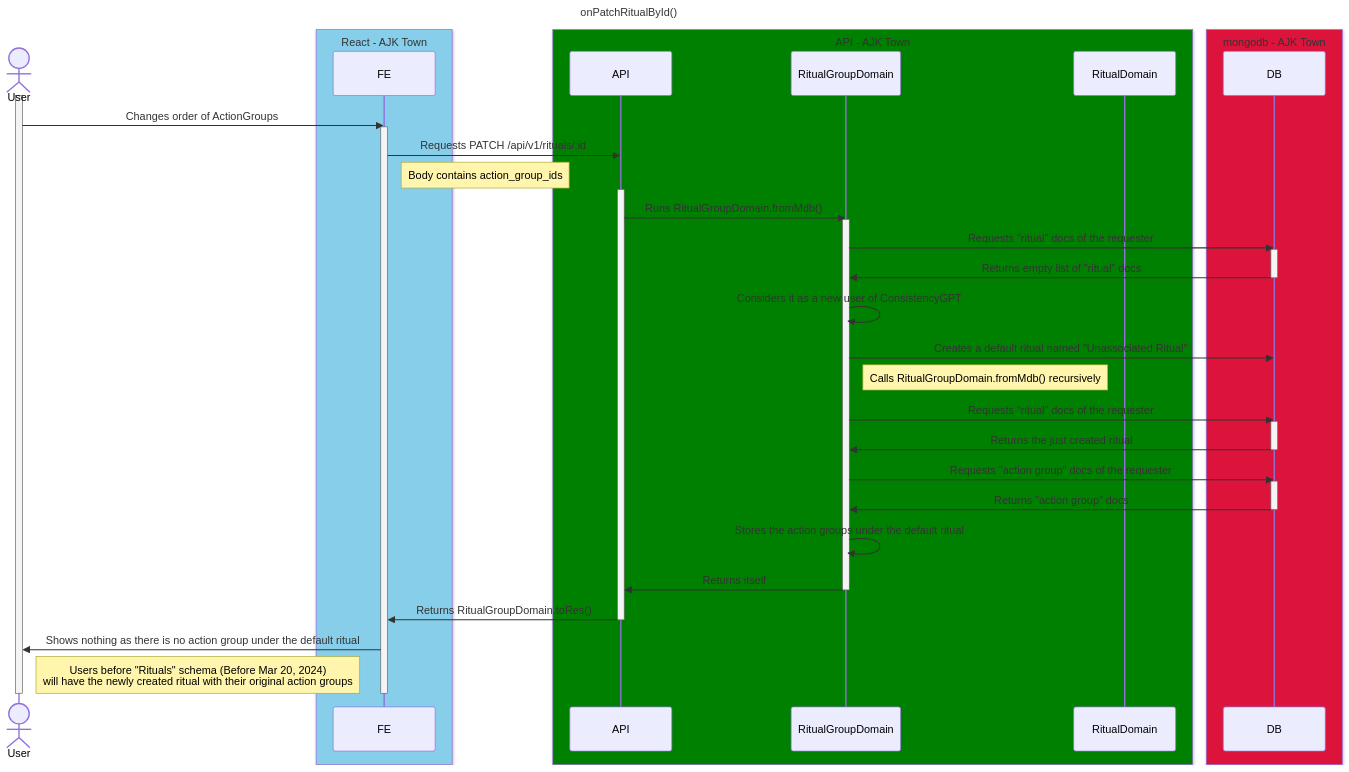
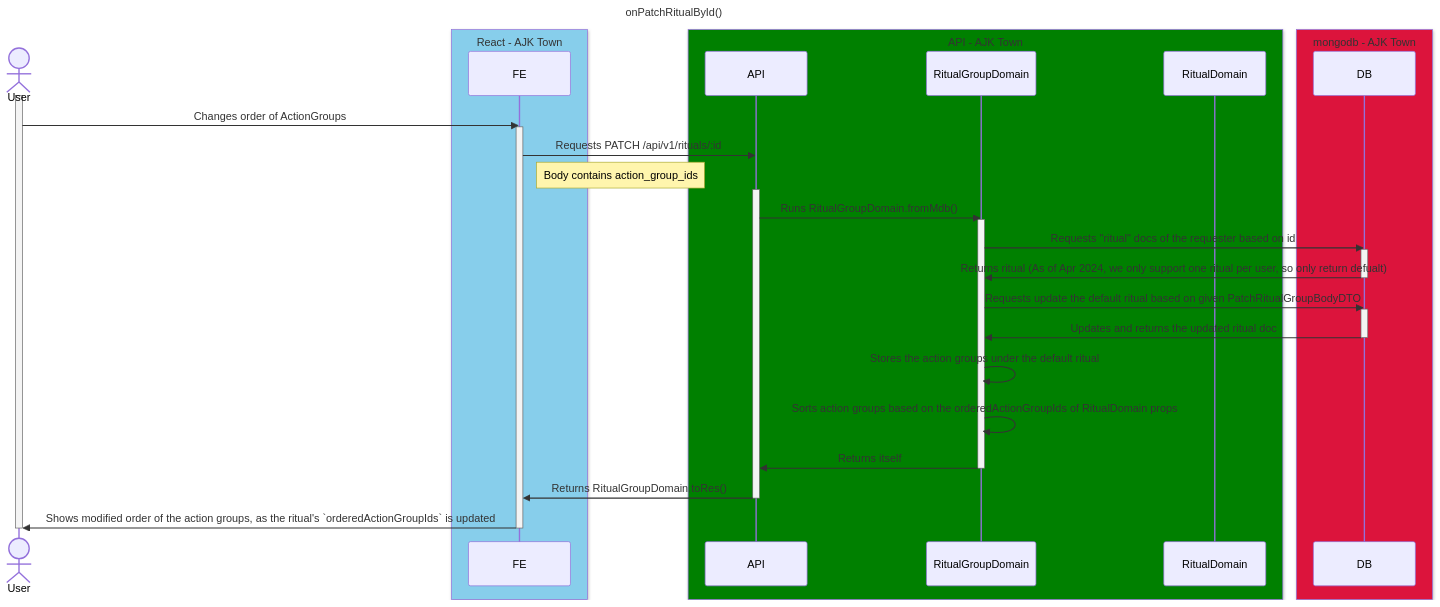
Before and after one commit to ajktown/docs: the diagram in dev_consistency/diagrams/on-patch-ritual-by-id.md, drawn with Mermaid. The commit also changed other lines of this file and 1 other file, not shown here.

Commit message:
doc: get rituals and patch rituals

````diff
--- a/dev_consistency/diagrams/on-patch-ritual-by-id.md
+++ b/dev_consistency/diagrams/on-patch-ritual-by-id.md
@@ -17,52 +27,45 @@
 ```mermaid
 
 sequenceDiagram
 title: onPatchRitualById()
 
 actor user as User
 box SkyBlue React - AJK Town
   participant fe as FE
 end
 box Green API - AJK Town
   participant api as API
   participant domain as RitualGroupDomain
   participant ritual_domain as RitualDomain
 end
 box Crimson mongodb - AJK Town
   participant db as DB
 end
 
 
 activate user
   user ->> fe: Changes order of ActionGroups
   activate fe
     fe ->> api: Requests PATCH /api/v1/rituals/:id
     Note right of fe: Body contains action_group_ids
     activate api
       api ->> domain: Runs RitualGroupDomain.fromMdb()
       activate domain
-        domain ->> db: Requests "ritual" docs of the requester
+        domain ->> db: Requests "ritual" docs of the requester based on id
         activate db
-          db ->> domain: Returns empty list of "ritual" docs
+          db ->> domain: Returns ritual (As of Apr 2024, we only support one ritual per user, so only return defualt)
         deactivate db
-        domain ->> domain: Considers it as a new user of ConsistencyGPT
-        domain ->> db: Creates a default ritual named "Unassociated Ritual"
-        Note right of domain: Calls RitualGroupDomain.fromMdb() recursively
-        domain ->> db: Requests "ritual" docs of the requester
+        domain ->> db: Requests update the default ritual based on given PatchRitualGroupBodyDTO
         activate db
-          db ->> domain: Returns the just created ritual
-        deactivate db
-        domain ->> db: Requests "action group" docs of the requester
-        activate db
-          db ->> domain: Returns "action group" docs
+          db ->> domain: Updates and returns the updated ritual doc
         deactivate db
         domain ->> domain: Stores the action groups under the default ritual
+        domain ->> domain: Sorts action groups based on the orderedActionGroupIds of RitualDomain props
         domain ->> api: Returns itself
       deactivate domain
       api ->> fe: Returns RitualGroupDomain.toRes()
     deactivate api
-    fe ->> user: Shows nothing as there is no action group under the default ritual
-    Note right of user: Users before "Rituals" schema (Before Mar 20, 2024) <br/>will have the newly created ritual with their original action groups
+    fe ->> user: Shows modified order of the action groups, as the ritual's `orderedActionGroupIds` is updated
   deactivate fe
 deactivate user
 ```
````
